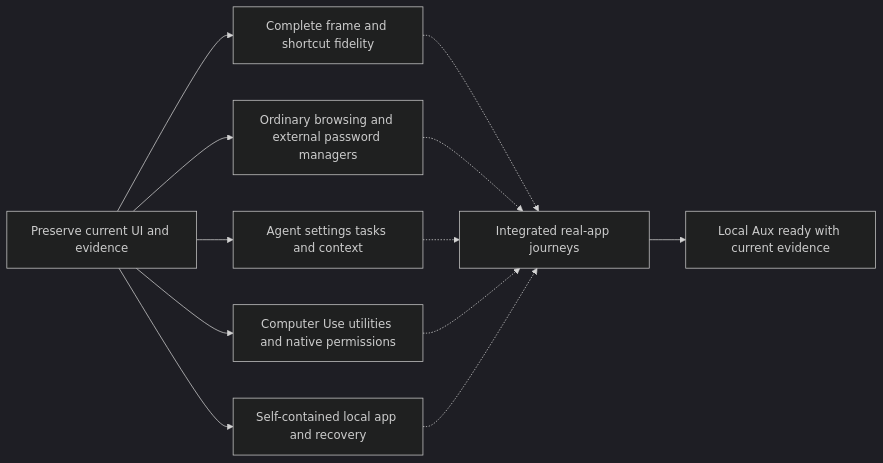
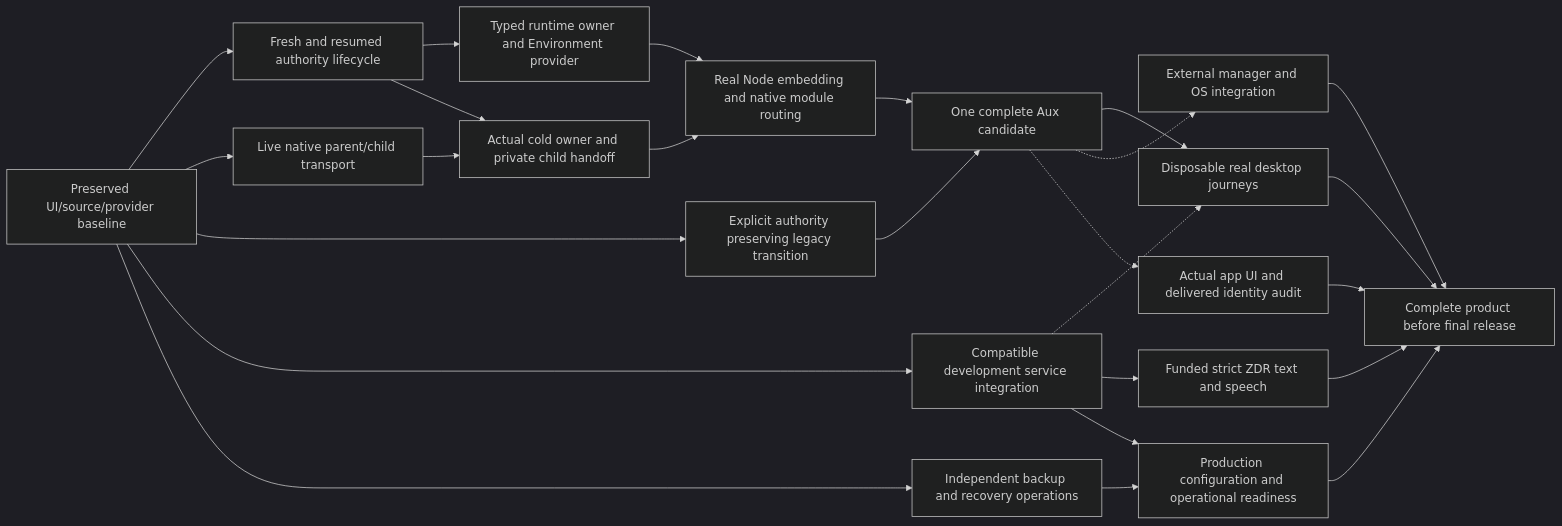
Before and after one commit to robzilla1738/vector: the diagram in docs/ROADMAP-EXECUTION-GRAPH.md, drawn with Mermaid (dark theme). The commit also changed other lines of this file and 1 other file, not shown here.

Commit message:
Reconcile full Aux completion gates and critical integration path

````diff
--- a/docs/ROADMAP-EXECUTION-GRAPH.md
+++ b/docs/ROADMAP-EXECUTION-GRAPH.md
@@ -62,14 +21,27 @@
 ```mermaid
 flowchart LR
- BASE[Preserve current UI and evidence] --> FRAME[Complete frame and shortcut fidelity]
- BASE --> BROWSER[Ordinary browsing and external password managers]
- BASE --> AGENT[Agent settings tasks and context]
- BASE --> TOOLS[Computer Use utilities and native permissions]
- BASE --> PACKAGE[Self-contained local app and recovery]
- FRAME -.-> JOURNEY[Integrated real-app journeys]
- BROWSER -.-> JOURNEY
- AGENT -.-> JOURNEY
- TOOLS -.-> JOURNEY
- PACKAGE -.-> JOURNEY
- JOURNEY --> READY[Local Aux ready with current evidence]
+  BASE[Preserved UI/source/provider baseline] --> AUTH[Fresh and resumed authority lifecycle]
+  AUTH --> OWNER[Typed runtime owner and Environment provider]
+  BASE --> PEER[Live native parent/child transport]
+  PEER --> COLD[Actual cold owner and private child handoff]
+  AUTH --> COLD
+  OWNER --> EMBED[Real Node embedding and native module routing]
+  COLD --> EMBED
+  BASE --> LEGACY[Explicit authority preserving legacy transition]
+  EMBED --> PACKAGE[One complete Aux candidate]
+  LEGACY --> PACKAGE
+  PACKAGE --> DESKTOP[Disposable real desktop journeys]
+  BASE --> CLOUD[Compatible development service integration]
+  CLOUD -.-> DESKTOP
+  CLOUD --> AI[Funded strict ZDR text and speech]
+  CLOUD --> PROD[Production configuration and operational readiness]
+  BASE --> OPS[Independent backup and recovery operations]
+  OPS --> PROD
+  PACKAGE -.-> EXT[External manager and OS integration]
+  DESKTOP --> DONE[Complete product before final release]
+  AI --> DONE
+  PROD --> DONE
+  EXT --> DONE
+  PACKAGE -.-> FIDELITY[Actual app UI and delivered identity audit]
+  FIDELITY --> DONE
 ```
````
